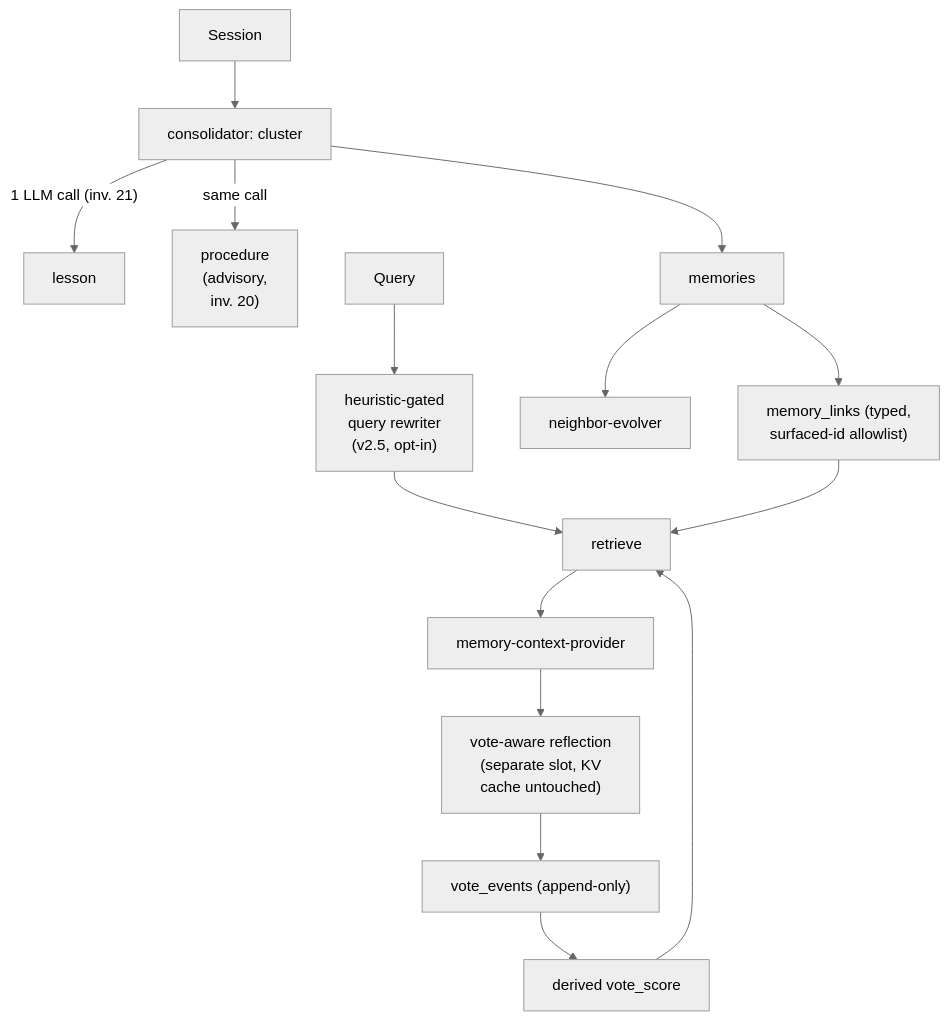
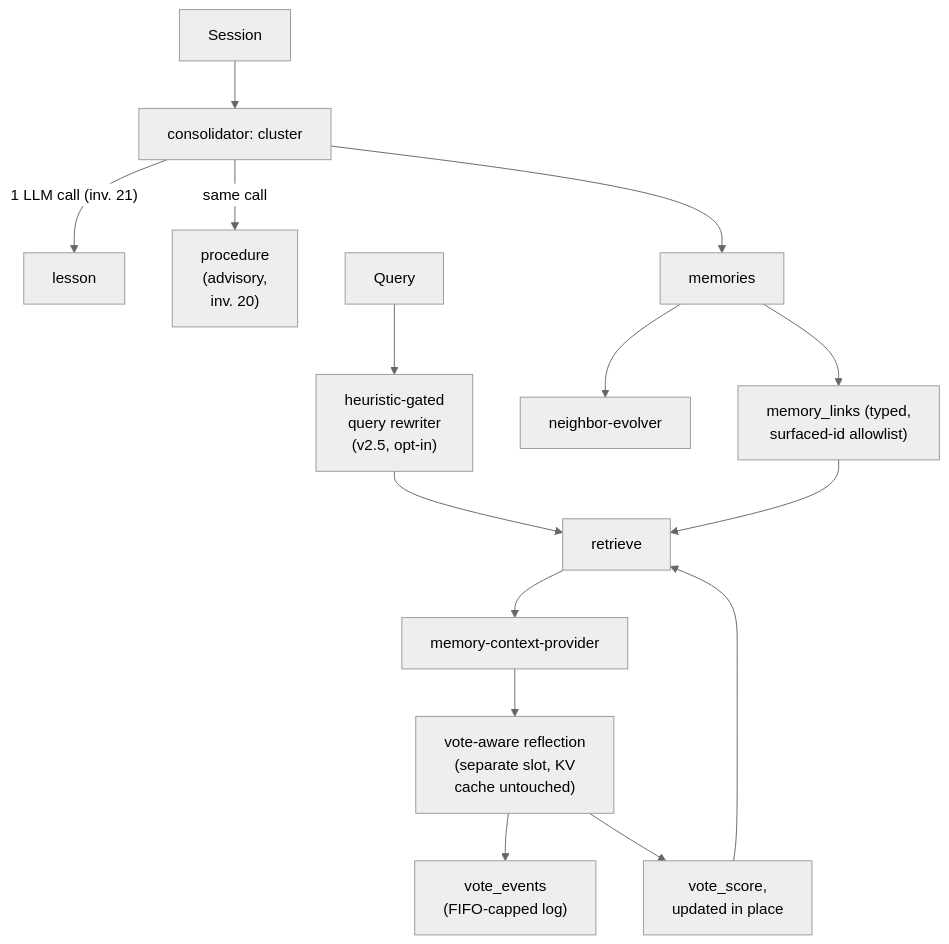
Before and after one commit to neoneye/agent-memory-atlas: the second of 2 diagrams in content/systems/atomic-agent.md, drawn with Mermaid (neutral theme). The commit also changed other lines of this file and 99 other files, not shown here.

````diff
--- a/content/systems/atomic-agent.md
+++ b/content/systems/atomic-agent.md
@@ -145,18 +147,18 @@
 ```mermaid
 %% caption: the write and read halves meeting at the store, with reflection on a separate prompt slot so votes accumulate without disturbing the KV cache
 flowchart TD
   Sess["Session"] --> Cons["consolidator: cluster"]
   Cons -->|"1 LLM call (inv. 21)"| Lesson["lesson"]
   Cons -->|same call| Proc["procedure<br/>(advisory,<br/>inv. 20)"]
   Cons --> Mem["memories"]
   Mem --> Links["memory_links (typed,<br/>surfaced-id allowlist)"]
   Mem --> Evolve["neighbor-evolver"]
   Q["Query"] --> Rewrite["heuristic-gated<br/>query rewriter<br/>(v2.5, opt-in)"]
   Rewrite --> Retr["retrieve"]
   Links --> Retr
   Retr --> Ctx["memory-context-provider"]
   Ctx --> Refl["vote-aware reflection<br/>(separate slot, KV<br/>cache untouched)"]
-  Refl --> VE["vote_events (append-only)"]
-  VE --> Score["derived vote_score"]
+  Refl --> VE["vote_events<br/>(FIFO-capped log)"]
+  Refl --> Score["vote_score,<br/>updated in place"]
   Score --> Retr
 ```
````
